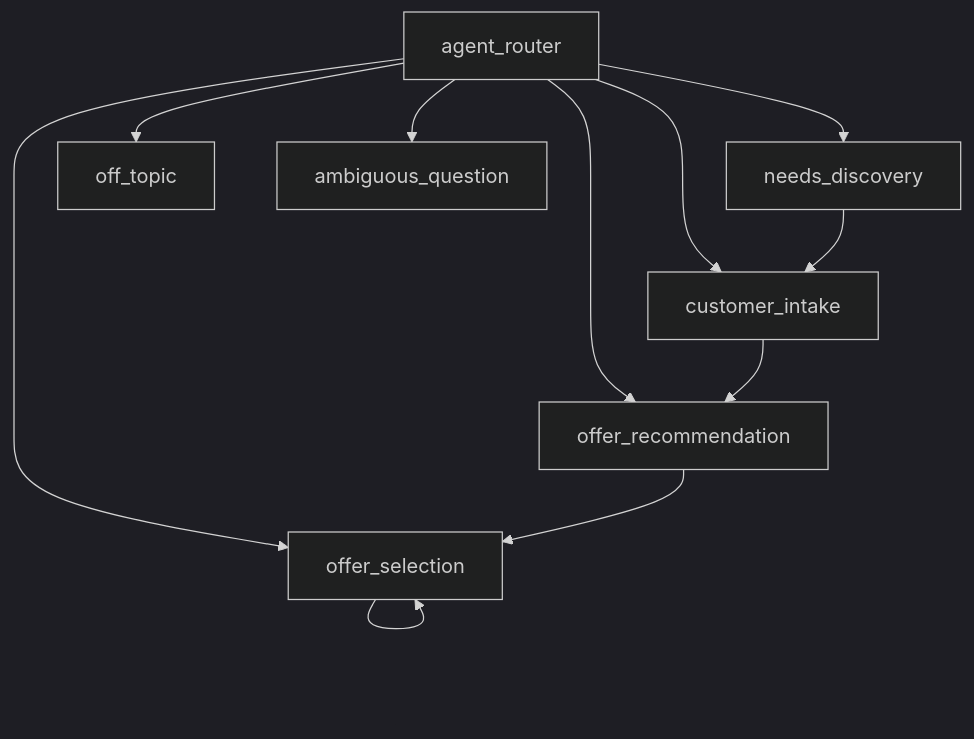
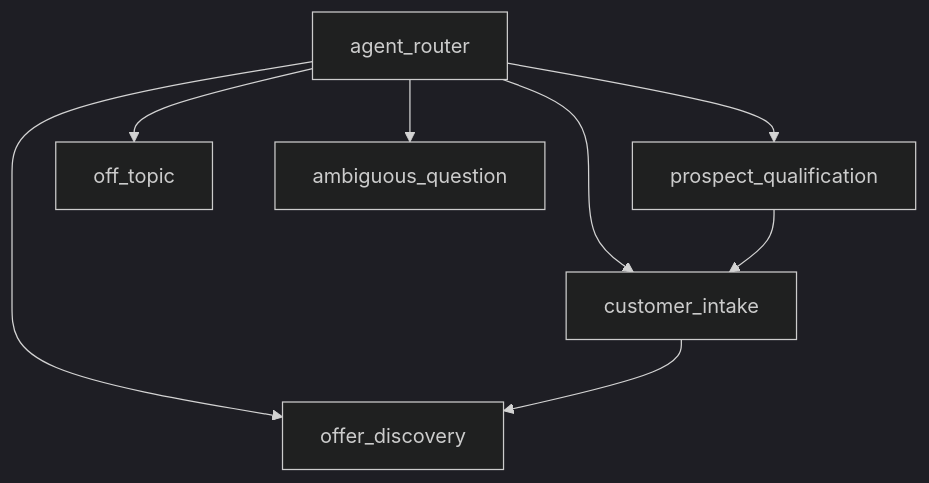
The diagram in specs/OfferConcierge-AgentSpec.md (jmoraguerrero/df2umtl), drawn with Mermaid (dark theme) before and after one commit. The commit also changed other lines of this file and 17 other files, not shown here.

````diff
--- a/specs/OfferConcierge-AgentSpec.md
+++ b/specs/OfferConcierge-AgentSpec.md
@@ -62,21 +59,17 @@
 ```mermaid
 flowchart TD
   router[agent_router]
-  needs[needs_discovery]
+  qualify[prospect_qualification]
   intake[customer_intake]
-  recommend[offer_recommendation]
-  choose[offer_selection]
+  discover[offer_discovery]
   guard_off[off_topic]
   guard_amb[ambiguous_question]
 
-  router --> needs
+  router --> qualify
   router --> intake
-  router --> recommend
-  router --> choose
+  router --> discover
   router --> guard_off
   router --> guard_amb
-  needs --> intake
-  intake --> recommend
-  recommend --> choose
-  choose --> choose
+  qualify --> intake
+  intake --> discover
 ```
````
